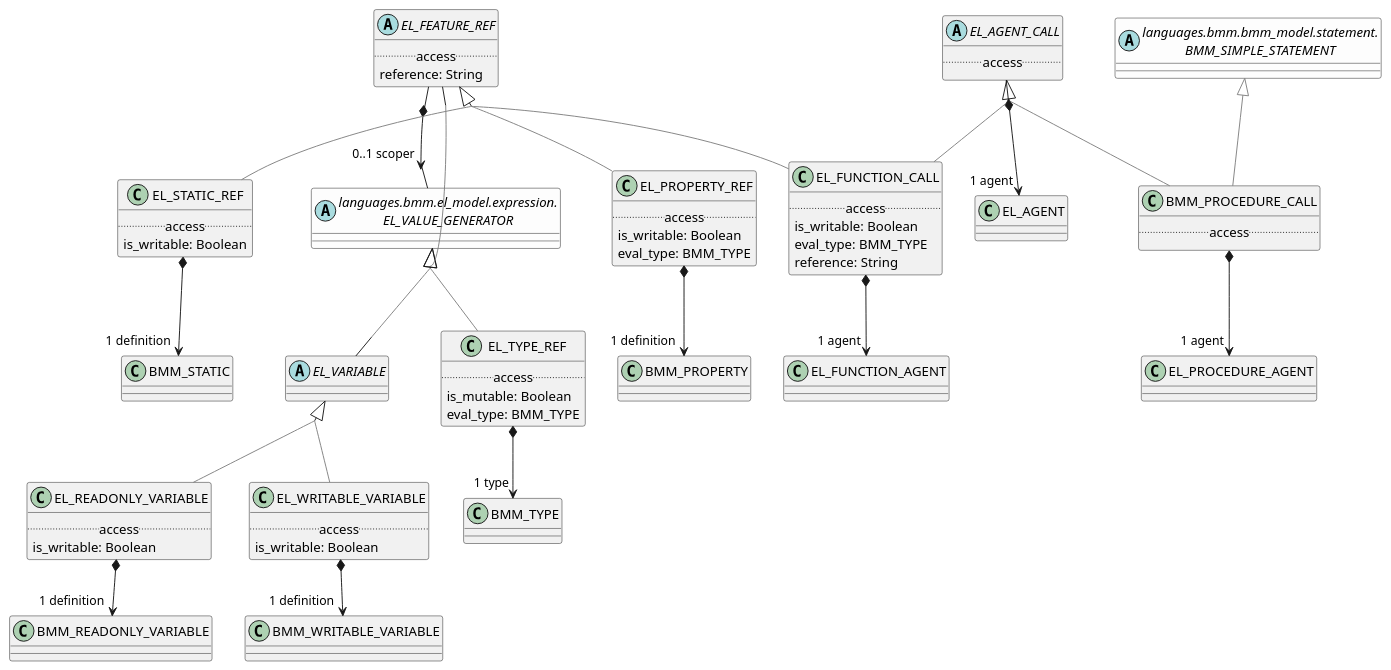
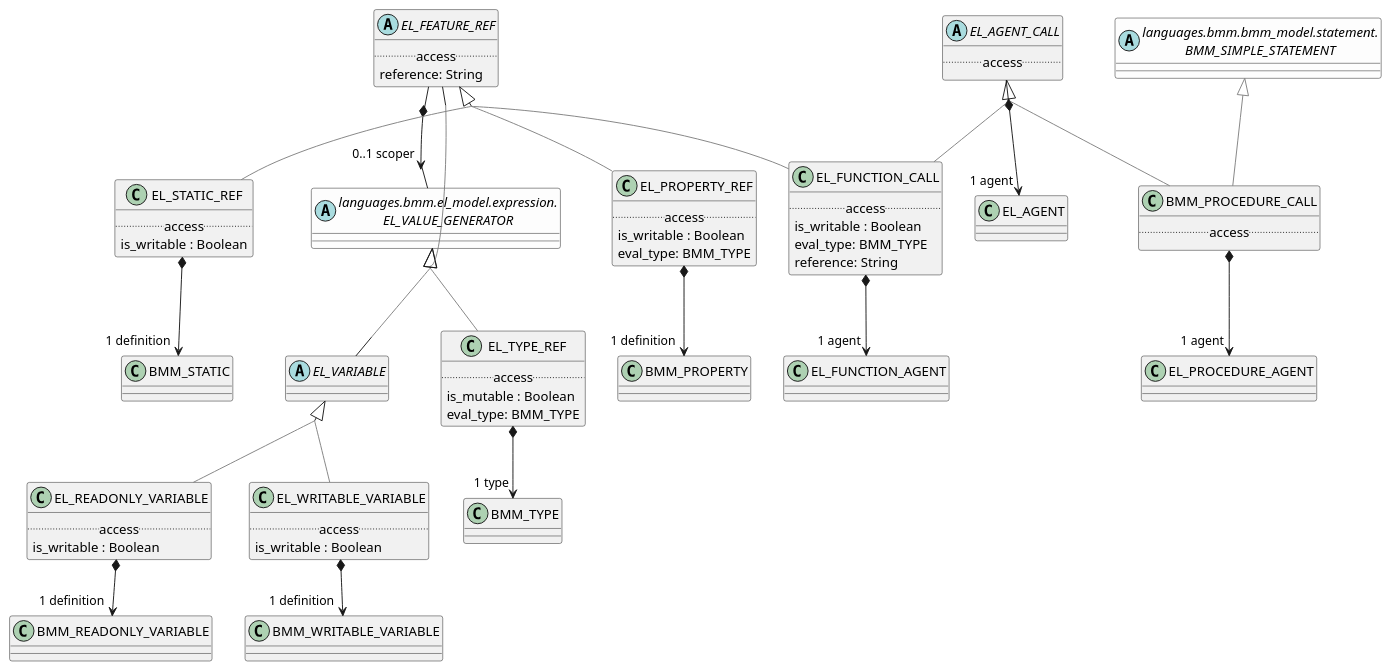
The diagram in modules/ROOT/examples/bmm/languages/bmm/el_model/reference/reference-package-uml.adoc (wolandscat/openehr-doc), drawn with PlantUML before and after one commit. The commit also changed 1814 other files, not shown here.

```diff
--- a/modules/ROOT/examples/bmm/languages/bmm/el_model/reference/reference-package-uml.adoc
+++ b/modules/ROOT/examples/bmm/languages/bmm/el_model/reference/reference-package-uml.adoc
@@ -20,7 +20,7 @@
 
 class EL_FUNCTION_CALL [[/openehr-doc/latest/languages/bmm-gen.html#_class_el_function_call]] {
         .. access ..
-        is_writable: Boolean
+        is_writable : Boolean
         eval_type: BMM_TYPE
         reference: String
 }
@@ -35,7 +35,7 @@
 
 class EL_PROPERTY_REF [[/openehr-doc/latest/languages/bmm-gen.html#_class_el_property_ref]] {
         .. access ..
-        is_writable: Boolean
+        is_writable : Boolean
         eval_type: BMM_TYPE
 }
 
@@ -46,7 +46,7 @@
 
 class EL_TYPE_REF [[/openehr-doc/latest/languages/bmm-gen.html#_class_el_type_ref]] {
         .. access ..
-        is_mutable: Boolean
+        is_mutable : Boolean
         eval_type: BMM_TYPE
 }
 
@@ -57,7 +57,7 @@
 
 class EL_WRITABLE_VARIABLE [[/openehr-doc/latest/languages/bmm-gen.html#_class_el_writable_variable]] {
         .. access ..
-        is_writable: Boolean
+        is_writable : Boolean
 }
 
 EL_WRITABLE_VARIABLE -[#gray]up-|> EL_VARIABLE  
@@ -73,7 +73,7 @@
 
 class EL_READONLY_VARIABLE [[/openehr-doc/latest/languages/bmm-gen.html#_class_el_readonly_variable]] {
         .. access ..
-        is_writable: Boolean
+        is_writable : Boolean
 }
 
 EL_READONLY_VARIABLE -[#gray]up-|> EL_VARIABLE  
@@ -95,12 +95,11 @@
         .. access ..
 }
 
-
 EL_AGENT_CALL *--> "1 agent" EL_AGENT
 
 class EL_STATIC_REF [[/openehr-doc/latest/languages/bmm-gen.html#_class_el_static_ref]] {
         .. access ..
-        is_writable: Boolean
+        is_writable : Boolean
 }
 
 EL_STATIC_REF -[#gray]up-|> EL_FEATURE_REF  
```
